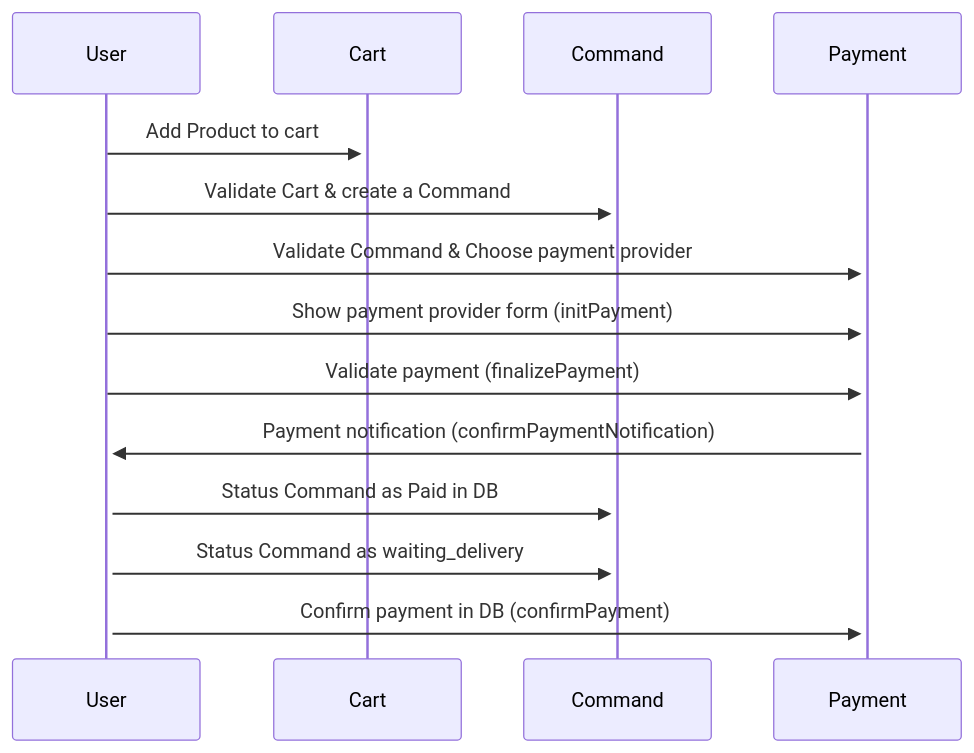
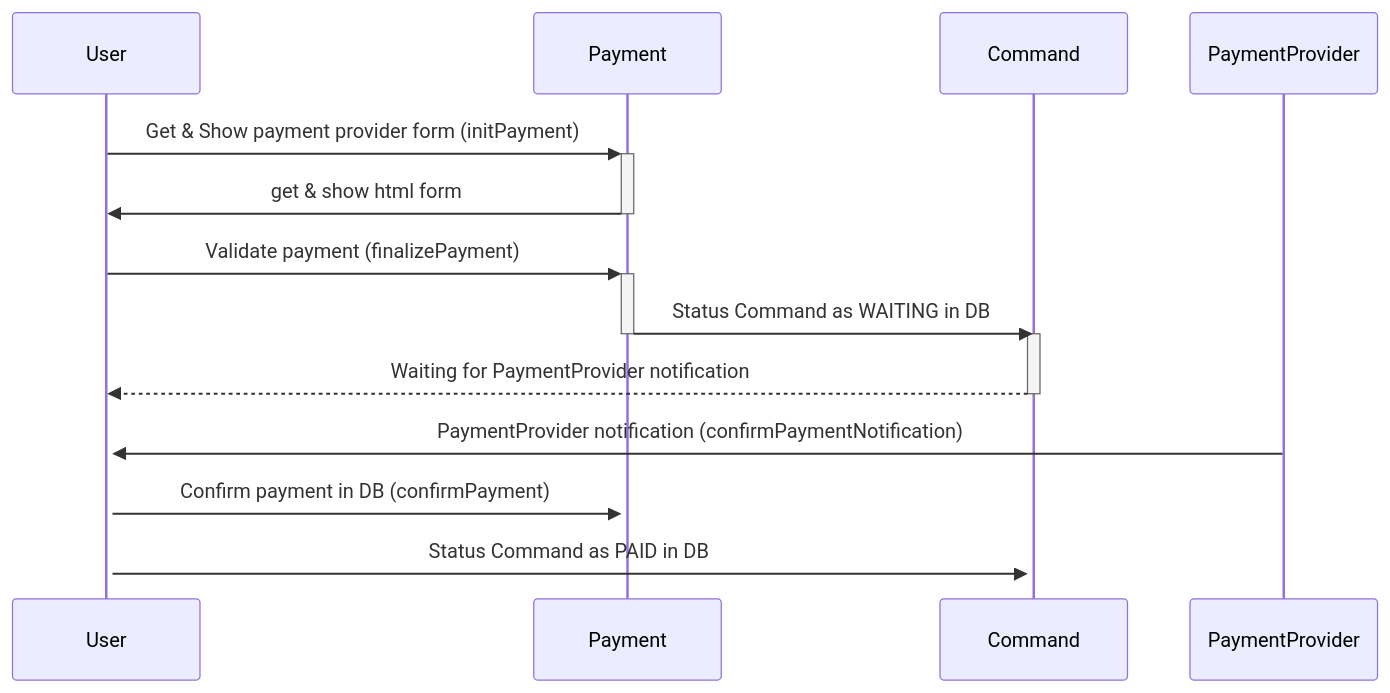
One commit to joussin/api_allopico changed the fourth of 7 diagrams in readme.md. Above: the diagram before and after it, drawn with Mermaid. The commit also changed other lines of this file and 1 other file, not shown here.

````diff
--- a/readme.md
+++ b/readme.md
@@ -309,22 +310,23 @@
 ```mermaid
 sequenceDiagram
 
-User->>+Cart: Add Product to cart
 
-User->>+Command: Validate Cart & create a Command
+User->>+Payment: Get & Show payment provider form (initPayment)
 
-User->>+Payment: Validate Command & Choose payment provider
-
-User->>+Payment: Show payment provider form (initPayment)
+Payment->>-User: get & show html form
 
 User->>+Payment: Validate payment (finalizePayment)
 
-Payment->>+User: Payment notification (confirmPaymentNotification)
+Payment->>-Command: Status Command as WAITING in DB
 
-User->>+Command: Status Command as Paid in DB
+activate Command
 
-User->>+Command: Status Command as waiting_delivery
+Command-->>-User: Waiting for PaymentProvider notification
+
+PaymentProvider->>+User: PaymentProvider notification (confirmPaymentNotification)
 
 User->>+Payment: Confirm payment in DB (confirmPayment)
 
+User->>+Command: Status Command as PAID in DB
+
 ```
````
